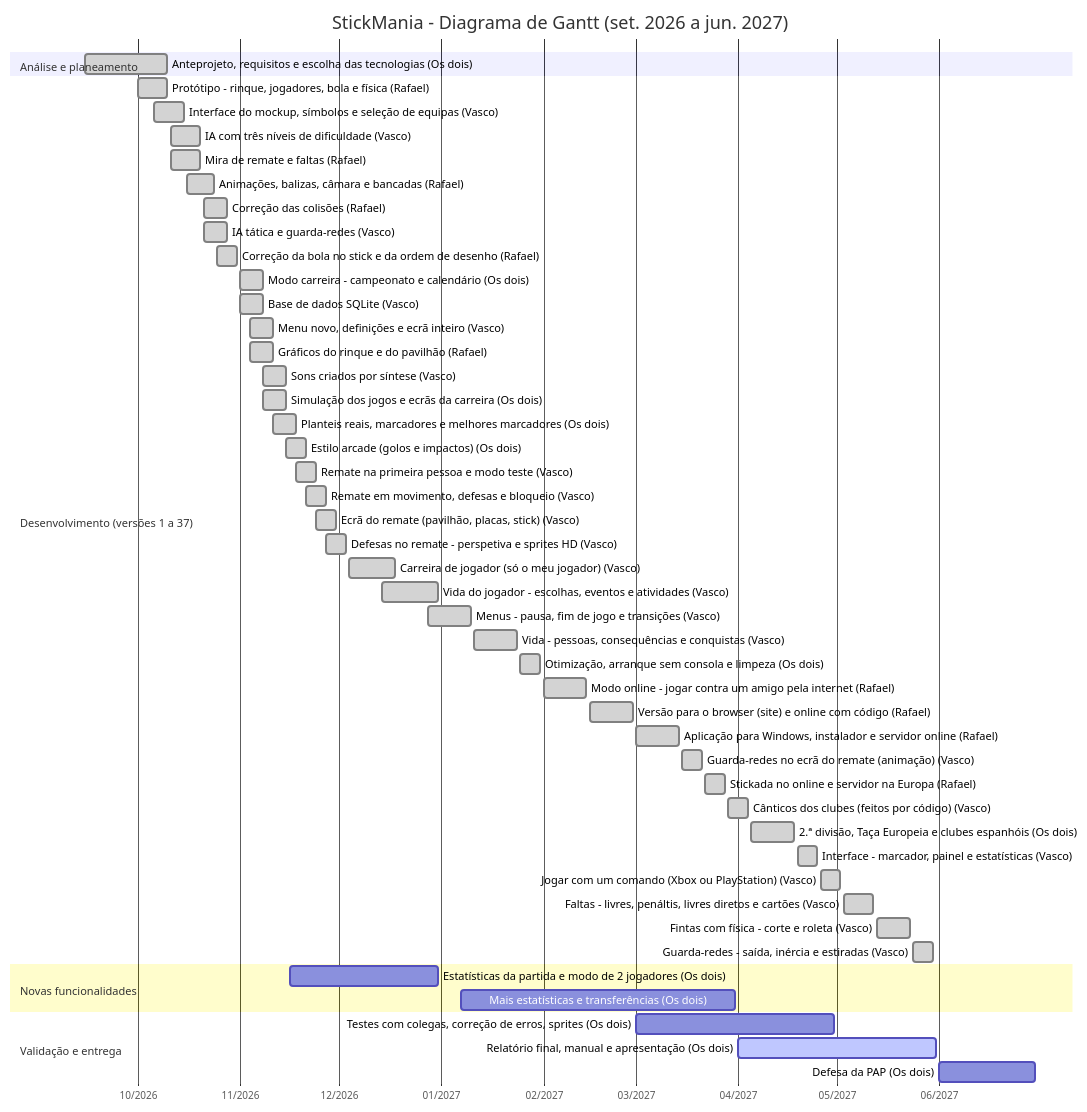
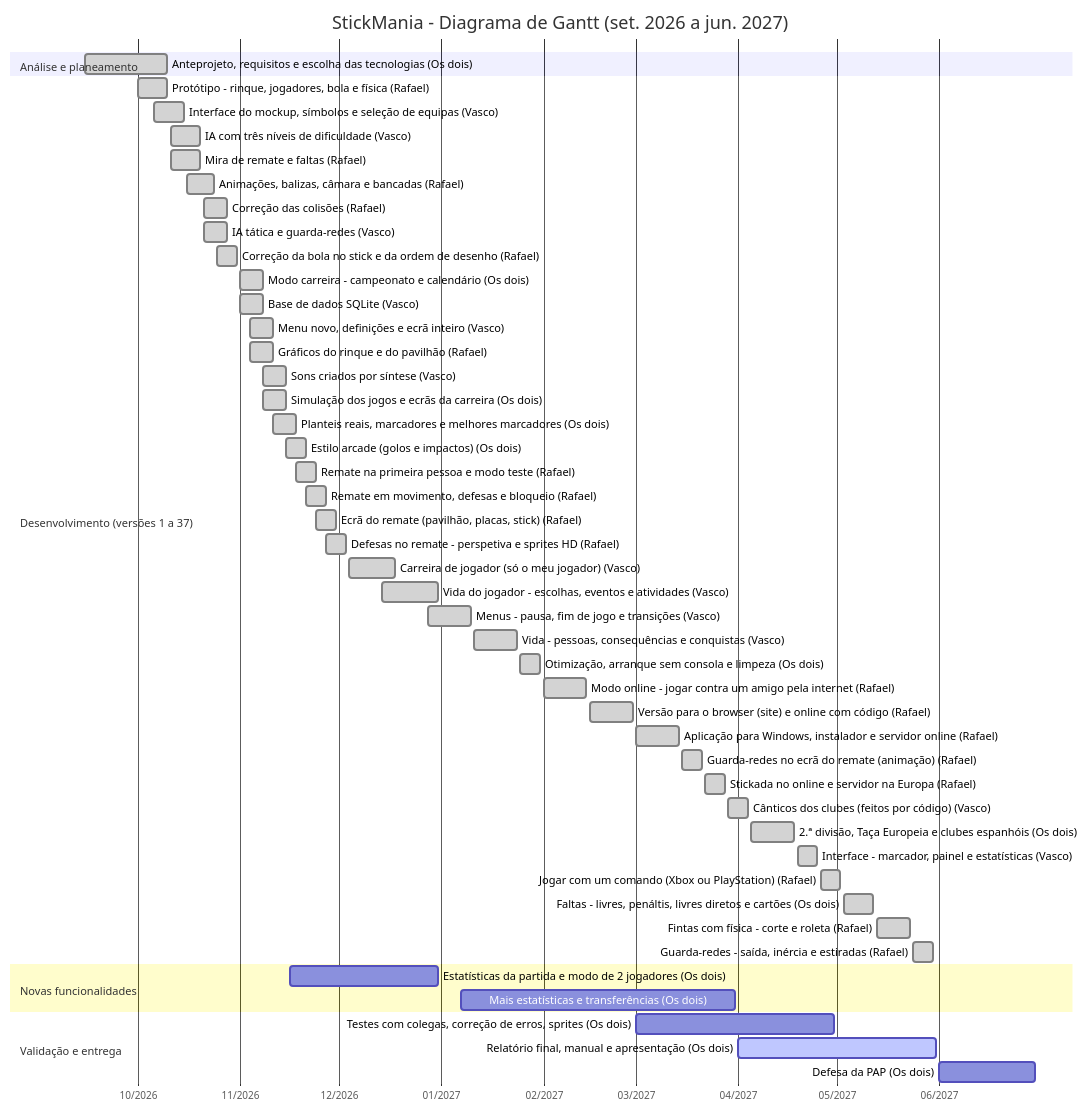
Before and after one commit to RafaelSilveira23/Stickmaniapap: the diagram in docs/GANTT.md, drawn with Mermaid. The commit also changed other lines of this file and 9 other files, not shown here.

````diff
--- a/docs/GANTT.md
+++ b/docs/GANTT.md
@@ -13,55 +13,55 @@
 ```mermaid
 gantt
     title StickMania - Diagrama de Gantt (set. 2026 a jun. 2027)
     dateFormat YYYY-MM-DD
     axisFormat %m/%Y
     tickInterval 1month
     todayMarker off
     section Análise e planeamento
     Anteprojeto, requisitos e escolha das tecnologias (Os dois) :done, t1, 2026-09-15, 2026-10-10
     section Desenvolvimento (versões 1 a 37)
     Protótipo - rinque, jogadores, bola e física (Rafael) :done, t2, 2026-10-01, 2026-10-10
     Interface do mockup, símbolos e seleção de equipas (Vasco) :done, t3, 2026-10-06, 2026-10-15
     IA com três níveis de dificuldade (Vasco) :done, t4, 2026-10-11, 2026-10-20
     Mira de remate e faltas (Rafael) :done, t5, 2026-10-11, 2026-10-20
     Animações, balizas, câmara e bancadas (Rafael) :done, t6, 2026-10-16, 2026-10-24
     Correção das colisões (Rafael) :done, t7, 2026-10-21, 2026-10-28
     IA tática e guarda-redes (Vasco) :done, t8, 2026-10-21, 2026-10-28
     Correção da bola no stick e da ordem de desenho (Rafael) :done, t9, 2026-10-25, 2026-10-31
     Modo carreira - campeonato e calendário (Os dois) :done, t10, 2026-11-01, 2026-11-08
     Base de dados SQLite (Vasco) :done, t11, 2026-11-01, 2026-11-08
     Menu novo, definições e ecrã inteiro (Vasco) :done, t12, 2026-11-04, 2026-11-11
     Gráficos do rinque e do pavilhão (Rafael) :done, t13, 2026-11-04, 2026-11-11
     Sons criados por síntese (Vasco) :done, t14, 2026-11-08, 2026-11-15
     Simulação dos jogos e ecrãs da carreira (Os dois) :done, t15, 2026-11-08, 2026-11-15
     Planteis reais, marcadores e melhores marcadores (Os dois) :done, t16, 2026-11-11, 2026-11-18
     Estilo arcade (golos e impactos) (Os dois) :done, t17, 2026-11-15, 2026-11-21
-    Remate na primeira pessoa e modo teste (Vasco) :done, t18, 2026-11-18, 2026-11-24
-    Remate em movimento, defesas e bloqueio (Vasco) :done, t19, 2026-11-21, 2026-11-27
-    Ecrã do remate (pavilhão, placas, stick) (Vasco) :done, t20, 2026-11-24, 2026-11-30
-    Defesas no remate - perspetiva e sprites HD (Vasco) :done, t21, 2026-11-27, 2026-12-03
+    Remate na primeira pessoa e modo teste (Rafael) :done, t18, 2026-11-18, 2026-11-24
+    Remate em movimento, defesas e bloqueio (Rafael) :done, t19, 2026-11-21, 2026-11-27
+    Ecrã do remate (pavilhão, placas, stick) (Rafael) :done, t20, 2026-11-24, 2026-11-30
+    Defesas no remate - perspetiva e sprites HD (Rafael) :done, t21, 2026-11-27, 2026-12-03
     Carreira de jogador (só o meu jogador) (Vasco) :done, t22, 2026-12-04, 2026-12-18
     Vida do jogador - escolhas, eventos e atividades (Vasco) :done, t23, 2026-12-14, 2026-12-31
     Menus - pausa, fim de jogo e transições (Vasco) :done, t24, 2026-12-28, 2027-01-10
     Vida - pessoas, consequências e conquistas (Vasco) :done, t25, 2027-01-11, 2027-01-24
     Otimização, arranque sem consola e limpeza (Os dois) :done, t26, 2027-01-25, 2027-01-31
     Modo online - jogar contra um amigo pela internet (Rafael) :done, t27, 2027-02-01, 2027-02-14
     Versão para o browser (site) e online com código (Rafael) :done, t28, 2027-02-15, 2027-02-28
     Aplicação para Windows, instalador e servidor online (Rafael) :done, t29, 2027-03-01, 2027-03-14
-    Guarda-redes no ecrã do remate (animação) (Vasco) :done, t30, 2027-03-15, 2027-03-21
+    Guarda-redes no ecrã do remate (animação) (Rafael) :done, t30, 2027-03-15, 2027-03-21
     Stickada no online e servidor na Europa (Rafael) :done, t31, 2027-03-22, 2027-03-28
     Cânticos dos clubes (feitos por código) (Vasco) :done, t32, 2027-03-29, 2027-04-04
     2.ª divisão, Taça Europeia e clubes espanhóis (Os dois) :done, t33, 2027-04-05, 2027-04-18
     Interface - marcador, painel e estatísticas (Vasco) :done, t34, 2027-04-19, 2027-04-25
-    Jogar com um comando (Xbox ou PlayStation) (Vasco) :done, t35, 2027-04-26, 2027-05-02
-    Faltas - livres, penáltis, livres diretos e cartões (Vasco) :done, t36, 2027-05-03, 2027-05-12
-    Fintas com física - corte e roleta (Vasco) :done, t37, 2027-05-13, 2027-05-23
-    Guarda-redes - saída, inércia e estiradas (Vasco) :done, t38, 2027-05-24, 2027-05-30
+    Jogar com um comando (Xbox ou PlayStation) (Rafael) :done, t35, 2027-04-26, 2027-05-02
+    Faltas - livres, penáltis, livres diretos e cartões (Os dois) :done, t36, 2027-05-03, 2027-05-12
+    Fintas com física - corte e roleta (Rafael) :done, t37, 2027-05-13, 2027-05-23
+    Guarda-redes - saída, inércia e estiradas (Rafael) :done, t38, 2027-05-24, 2027-05-30
     section Novas funcionalidades
     Estatísticas da partida e modo de 2 jogadores (Os dois) :t39, 2026-11-16, 2026-12-31
     Mais estatísticas e transferências (Os dois) :t40, 2027-01-07, 2027-03-31
     section Validação e entrega
     Testes com colegas, correção de erros, sprites (Os dois) :t41, 2027-03-01, 2027-04-30
     Relatório final, manual e apresentação (Os dois) :active, t42, 2027-04-01, 2027-05-31
     Defesa da PAP (Os dois) :t43, 2027-06-01, 2027-06-30
 ```
````
